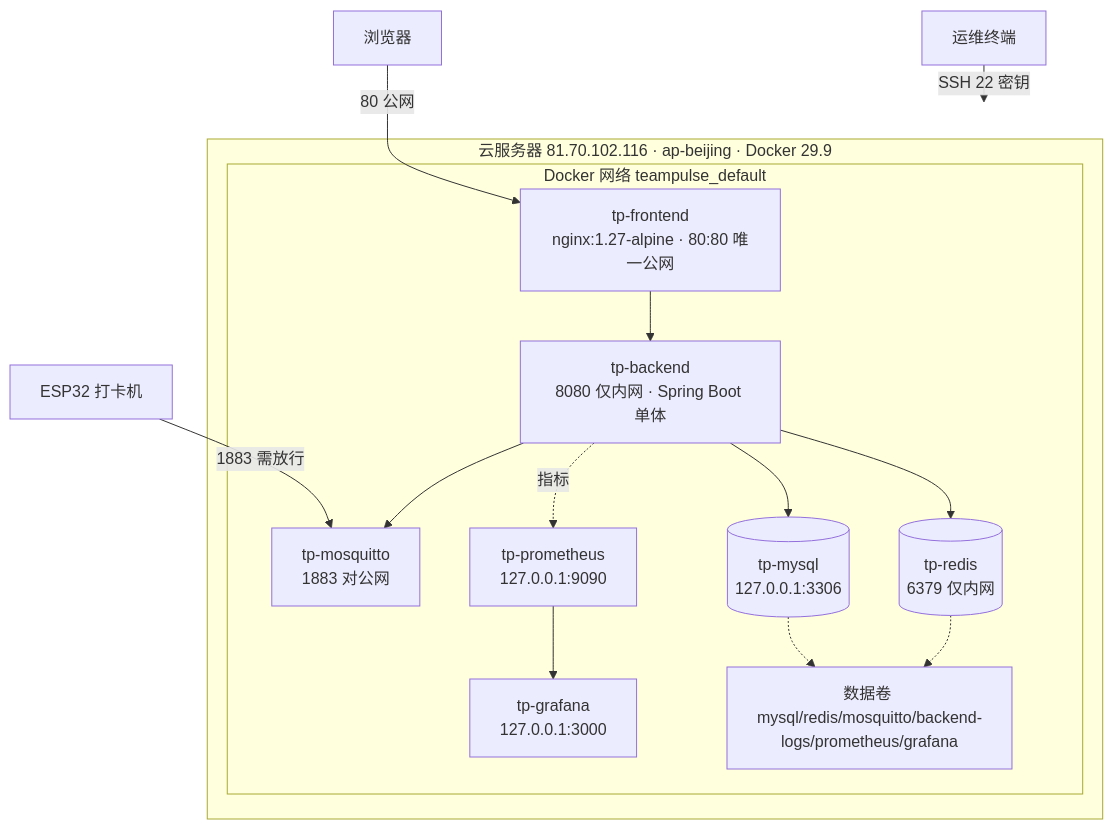
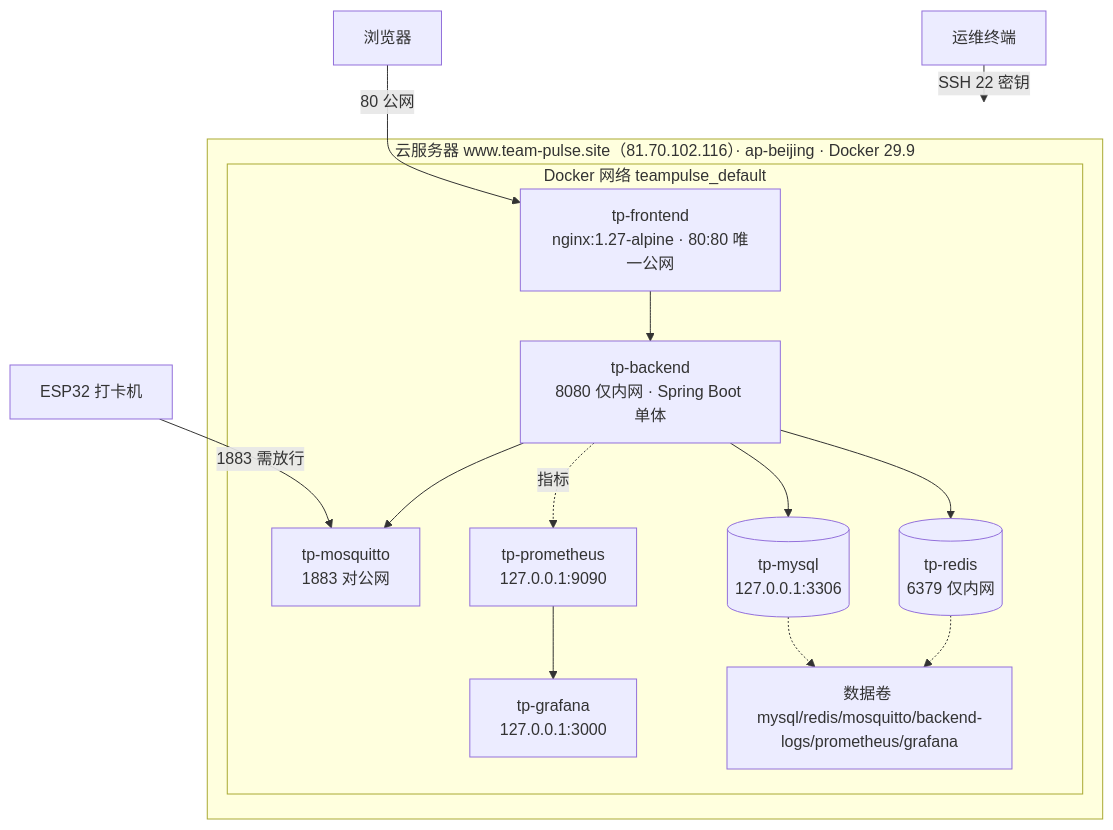
The diagram in docs/diagrams/src/fig2-deployment.mmd (The-prist/TeamPulse), drawn with Mermaid before and after one commit. The commit also changed 1 other file, not shown here.

Commit message:
docs(diagram): 部署图源码补上正式域名
fig2-deployment.puml / .mmd：节点标题改为「云服务器 www.team-pulse.site（81.70.102.116）」，
访问箭头改为 http://www.team-pulse.site/，SSH 隧道示例改为 root@www.team-pulse.site。

注：已导出的 PNG（docs/diagrams/v2/fig2-deployment.png）与《系统图册》里嵌的仍是
服务器公网 IP——那是服务器的技术标识，与「域名解析到该 IP」并不冲突；
若要连图一起换，需重跑 make_diagrams.py + make_atlas_docx.py 并重新套版。

```diff
--- a/docs/diagrams/src/fig2-deployment.mmd
+++ b/docs/diagrams/src/fig2-deployment.mmd
@@ -1,24 +1,24 @@
 flowchart TB
   B["浏览器"] -->|80 公网| FE
   E["ESP32 打卡机"] -->|1883 需放行| MQ
   O["运维终端"] -->|SSH 22 密钥| CLOUD
-  subgraph CLOUD["云服务器 81.70.102.116 · ap-beijing · Docker 29.9"]
+  subgraph CLOUD["云服务器 www.team-pulse.site（81.70.102.116）· ap-beijing · Docker 29.9"]
     subgraph NET["Docker 网络 teampulse_default"]
       FE["tp-frontend<br/>nginx:1.27-alpine · 80:80 唯一公网"]
       BE["tp-backend<br/>8080 仅内网 · Spring Boot 单体"]
       DB[("tp-mysql<br/>127.0.0.1:3306")]
       RC[("tp-redis<br/>6379 仅内网")]
       MQ["tp-mosquitto<br/>1883 对公网"]
       PROM["tp-prometheus<br/>127.0.0.1:9090"]
       GRAF["tp-grafana<br/>127.0.0.1:3000"]
       VOL["数据卷 mysql/redis/mosquitto/backend-logs/prometheus/grafana"]
     end
     FE --> BE
     BE --> DB
     BE --> RC
     BE --> MQ
     BE -.->|指标| PROM
     PROM --> GRAF
     DB -.-> VOL
     RC -.-> VOL
   end
```
